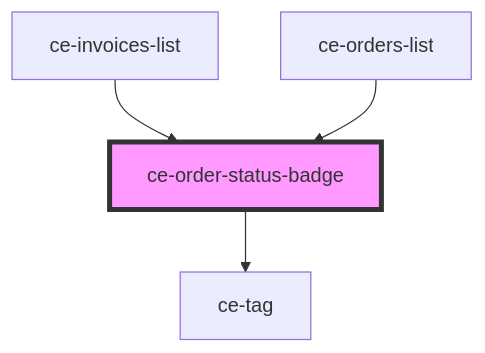
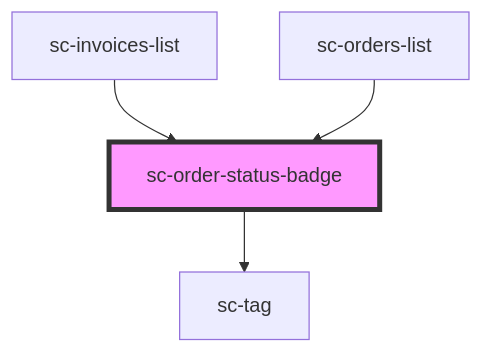
Before and after one commit to surecart/surecart-wp-plugin: the diagram in packages/components/src/components/ui/order-status-badge/readme.md, drawn with Mermaid. The commit also changed other lines of this file and 1281 other files, not shown here.

````diff
--- a/packages/components/src/components/ui/order-status-badge/readme.md
+++ b/packages/components/src/components/ui/order-status-badge/readme.md
@@ -30,7 +30,7 @@
 ```mermaid
 graph TD;
-  ce-order-status-badge --> ce-tag
-  ce-invoices-list --> ce-order-status-badge
-  ce-orders-list --> ce-order-status-badge
-  style ce-order-status-badge fill:#f9f,stroke:#333,stroke-width:4px
+  sc-order-status-badge --> sc-tag
+  sc-invoices-list --> sc-order-status-badge
+  sc-orders-list --> sc-order-status-badge
+  style sc-order-status-badge fill:#f9f,stroke:#333,stroke-width:4px
 ```
````
